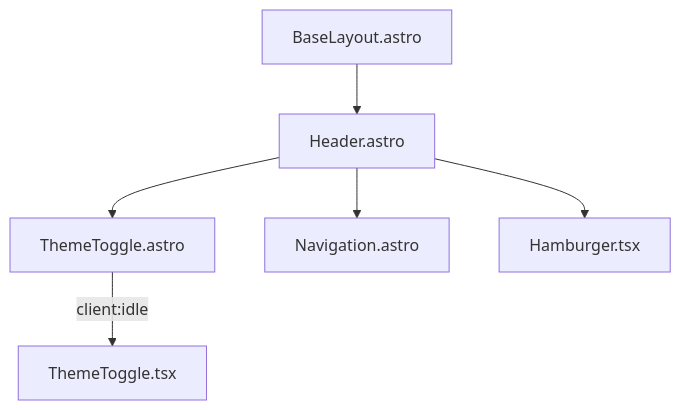
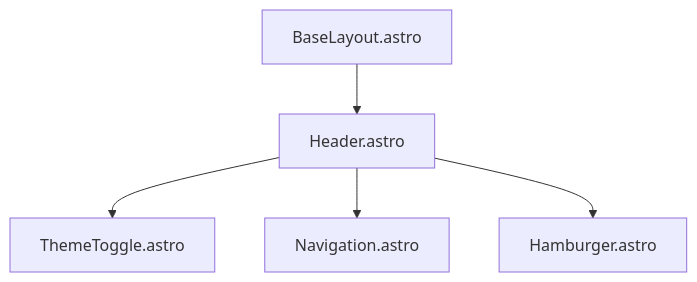
The first of 3 diagrams in src/README.md (ba1jun/ba1jun.github.io), drawn with Mermaid before and after one commit. The commit also changed other lines of this file and 9 other files, not shown here.

````diff
--- a/src/README.md
+++ b/src/README.md
@@ -13,8 +13,7 @@
 ```mermaid
 graph TD
     A["BaseLayout.astro"] --> B["Header.astro"]
     B --> C["ThemeToggle.astro"]
-    C -->|"client:idle"| D["ThemeToggle.tsx"]
     B --> E["Navigation.astro"]
-    B --> F["Hamburger.tsx"]
+    B --> F["Hamburger.astro"]
 ```
````
